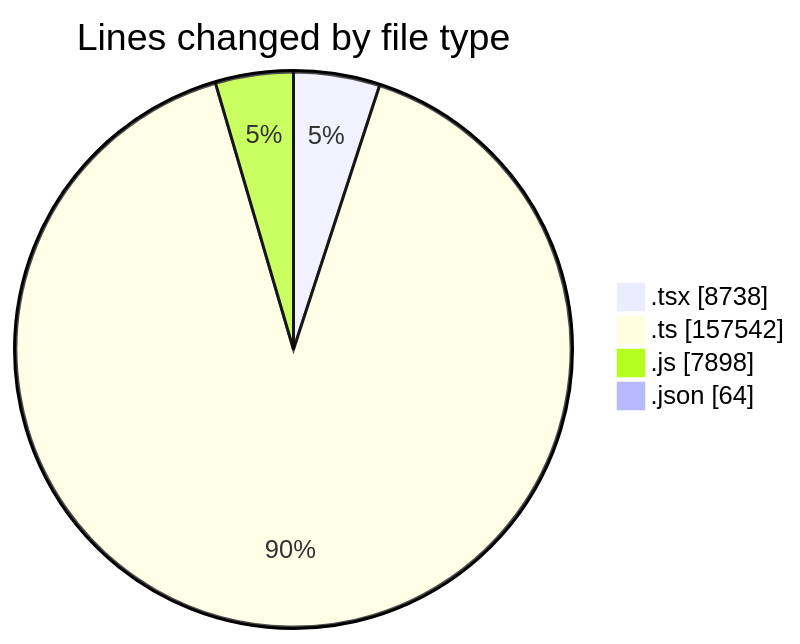
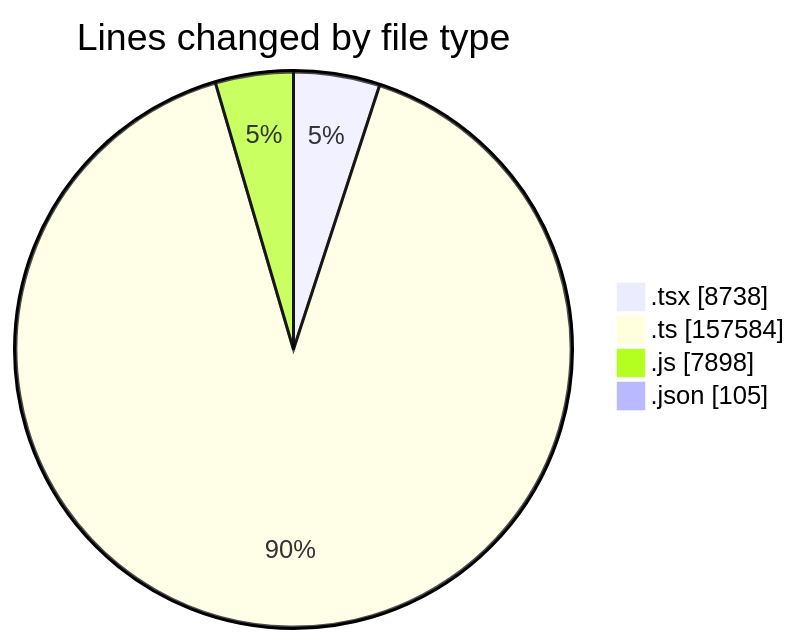
Before and after one commit to momahboobian/code-tracking: the first of 2 diagrams in 2026-07-30/cda/README.md, drawn with Mermaid. The commit also changed other lines of this file and 1 other file, not shown here.

````diff
--- a/2026-07-30/cda/README.md
+++ b/2026-07-30/cda/README.md
@@ -57,8 +58,8 @@
 ```mermaid
 pie showData
 title Lines changed by file type
 ".tsx" : 8738
-".ts" : 157542
+".ts" : 157584
 ".js" : 7898
-".json" : 64
+".json" : 105
 ```
````
